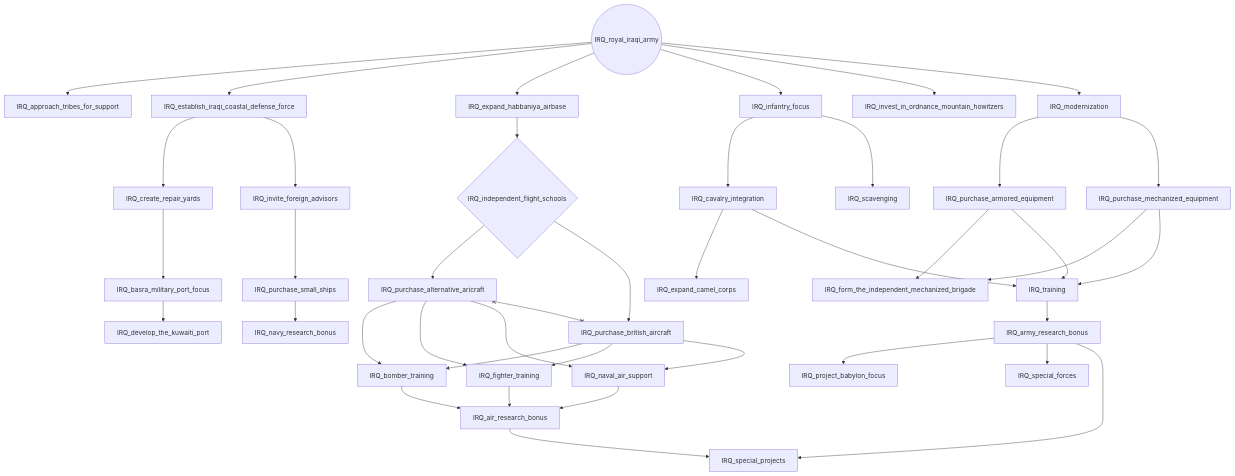
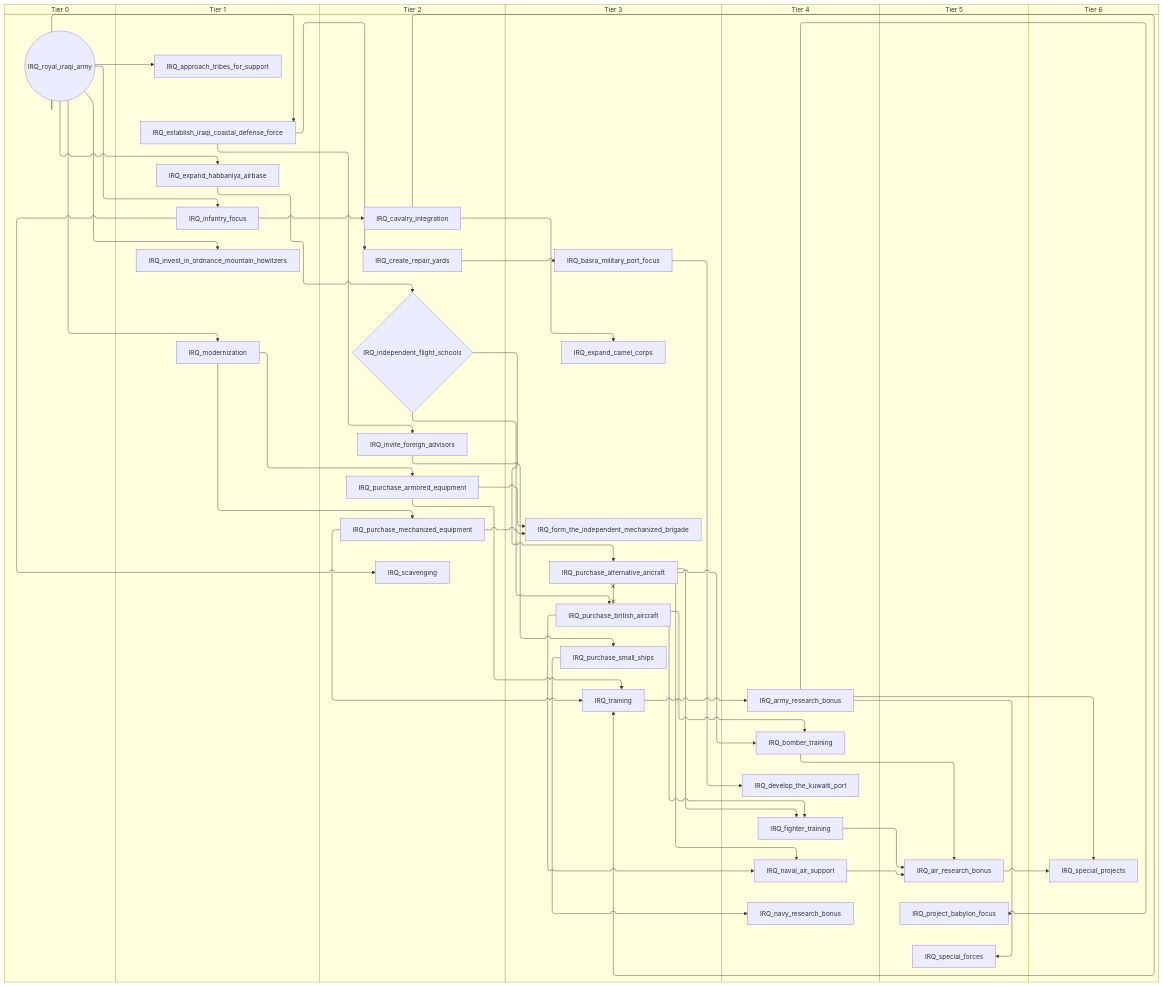
The sixth of 6 diagrams in docs/gdd/National Focuses/r56/iraq.md (evgeny-sobol/hoi4-sandbox-mode-r56), drawn with Mermaid before and after one commit. The commit also changed other lines of this file and 423 other files, not shown here.

First line of the commit message:
Re-export Rt56 focus trees as swimlane diagrams

````diff
--- a/docs/gdd/National Focuses/r56/iraq.md
+++ b/docs/gdd/National Focuses/r56/iraq.md
@@ -282,74 +342,88 @@
 ```mermaid
-flowchart TD
-    n106["IRQ_air_research_bonus"]
-    n107["IRQ_approach_tribes_for_support"]
-    n108["IRQ_army_research_bonus"]
-    n109["IRQ_basra_military_port_focus"]
-    n110["IRQ_bomber_training"]
-    n111["IRQ_cavalry_integration"]
-    n112["IRQ_create_repair_yards"]
-    n113["IRQ_develop_the_kuwaiti_port"]
-    n114["IRQ_establish_iraqi_coastal_defense_force"]
-    n115["IRQ_expand_camel_corps"]
-    n116["IRQ_expand_habbaniya_airbase"]
-    n117["IRQ_fighter_training"]
-    n118["IRQ_form_the_independent_mechanized_brigade"]
-    n119{"IRQ_independent_flight_schools"}
-    n120["IRQ_infantry_focus"]
-    n121["IRQ_invest_in_ordnance_mountain_howitzers"]
-    n122["IRQ_invite_foreign_advisors"]
-    n123["IRQ_modernization"]
-    n124["IRQ_naval_air_support"]
-    n125["IRQ_navy_research_bonus"]
-    n126["IRQ_project_babylon_focus"]
-    n127["IRQ_purchase_alternative_aricraft"]
-    n128["IRQ_purchase_armored_equipment"]
-    n129["IRQ_purchase_british_aircraft"]
-    n130["IRQ_purchase_mechanized_equipment"]
-    n131["IRQ_purchase_small_ships"]
-    n132(("IRQ_royal_iraqi_army"))
-    n133["IRQ_scavenging"]
-    n134["IRQ_special_forces"]
-    n135["IRQ_special_projects"]
-    n136["IRQ_training"]
-    n117 --> n106
-    n124 --> n106
-    n110 --> n106
-    n132 --> n107
-    n136 --> n108
-    n112 --> n109
-    n127 --> n110
-    n129 --> n110
-    n120 --> n111
-    n114 --> n112
-    n109 --> n113
-    n132 --> n114
-    n111 --> n115
-    n132 --> n116
-    n127 --> n117
-    n129 --> n117
-    n130 --> n118
-    n128 --> n118
-    n116 --> n119
-    n132 --> n120
-    n132 --> n121
-    n114 --> n122
-    n132 --> n123
-    n127 --> n124
-    n129 --> n124
-    n131 --> n125
-    n108 --> n126
-    n119 --> n127
+swimlane-beta TD
+    subgraph tier_0["Tier 0"]
+        n106(("IRQ_royal_iraqi_army"))
+    end
+    subgraph tier_1["Tier 1"]
+        n107["IRQ_approach_tribes_for_support"]
+        n108["IRQ_establish_iraqi_coastal_defense_force"]
+        n109["IRQ_expand_habbaniya_airbase"]
+        n110["IRQ_infantry_focus"]
+        n111["IRQ_invest_in_ordnance_mountain_howitzers"]
+        n112["IRQ_modernization"]
+    end
+    subgraph tier_2["Tier 2"]
+        n113["IRQ_cavalry_integration"]
+        n114["IRQ_create_repair_yards"]
+        n115{"IRQ_independent_flight_schools"}
+        n116["IRQ_invite_foreign_advisors"]
+        n117["IRQ_purchase_armored_equipment"]
+        n118["IRQ_purchase_mechanized_equipment"]
+        n119["IRQ_scavenging"]
+    end
+    subgraph tier_3["Tier 3"]
+        n120["IRQ_basra_military_port_focus"]
+        n121["IRQ_expand_camel_corps"]
+        n122["IRQ_form_the_independent_mechanized_brigade"]
+        n123["IRQ_purchase_alternative_aricraft"]
+        n124["IRQ_purchase_british_aircraft"]
+        n125["IRQ_purchase_small_ships"]
+        n126["IRQ_training"]
+    end
+    subgraph tier_4["Tier 4"]
+        n127["IRQ_army_research_bonus"]
+        n128["IRQ_bomber_training"]
+        n129["IRQ_develop_the_kuwaiti_port"]
+        n130["IRQ_fighter_training"]
+        n131["IRQ_naval_air_support"]
+        n132["IRQ_navy_research_bonus"]
+    end
+    subgraph tier_5["Tier 5"]
+        n133["IRQ_air_research_bonus"]
+        n134["IRQ_project_babylon_focus"]
+        n135["IRQ_special_forces"]
+    end
+    subgraph tier_6["Tier 6"]
+        n136["IRQ_special_projects"]
+    end
+    n130 --> n133
+    n131 --> n133
+    n128 --> n133
+    n106 --> n107
+    n126 --> n127
+    n114 --> n120
     n123 --> n128
-    n119 --> n129
+    n124 --> n128
+    n110 --> n113
+    n108 --> n114
+    n120 --> n129
+    n106 --> n108
+    n113 --> n121
+    n106 --> n109
     n123 --> n130
-    n122 --> n131
-    n120 --> n133
-    n108 --> n134
-    n106 --> n135
-    n108 --> n135
-    n111 --> n136
-    n130 --> n136
-    n128 --> n136
-    n127 x--x n129
+    n124 --> n130
+    n118 --> n122
+    n117 --> n122
+    n109 --> n115
+    n106 --> n110
+    n106 --> n111
+    n108 --> n116
+    n106 --> n112
+    n123 --> n131
+    n124 --> n131
+    n125 --> n132
+    n127 --> n134
+    n115 --> n123
+    n112 --> n117
+    n115 --> n124
+    n112 --> n118
+    n116 --> n125
+    n110 --> n119
+    n127 --> n135
+    n133 --> n136
+    n127 --> n136
+    n113 --> n126
+    n118 --> n126
+    n117 --> n126
+    n123 x--x n124
 ```
````
